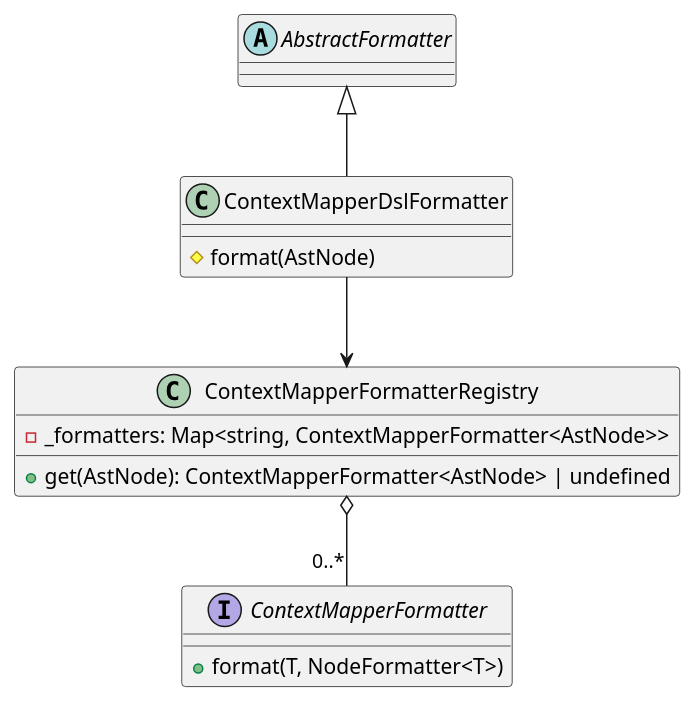
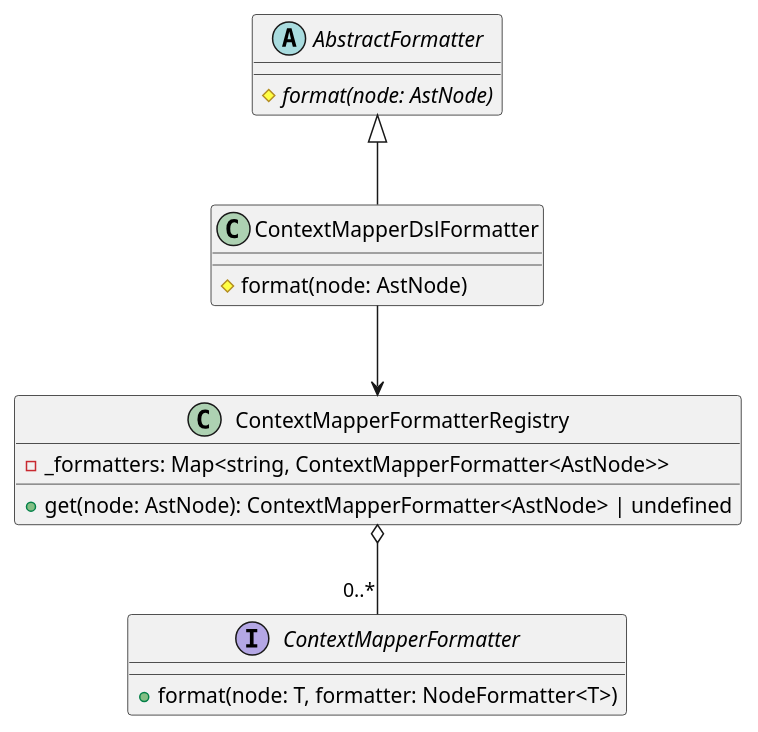
Before and after one commit to ContextMapper/context-mapper-language-server: the diagram in docs/class_formatting.puml, drawn with PlantUML. The commit also changed 3 other files, not shown here.

Commit message:
update class diagrams

```diff
--- a/docs/class_formatting.puml
+++ b/docs/class_formatting.puml
@@ -1,21 +1,23 @@
 @startuml
-abstract class AbstractFormatter
+abstract class AbstractFormatter {
+{abstract} # format(node: AstNode)
+}
 
 class ContextMapperDslFormatter {
-# format(AstNode)
+# format(node: AstNode)
 }
 
 interface ContextMapperFormatter {
-+ format(T, NodeFormatter<T>)
++ format(node: T, formatter: NodeFormatter<T>)
 }
 
 class ContextMapperFormatterRegistry {
 - _formatters: Map<string, ContextMapperFormatter<AstNode>>
-+ get(AstNode): ContextMapperFormatter<AstNode> | undefined
++ get(node: AstNode): ContextMapperFormatter<AstNode> | undefined
 }
 
 AbstractFormatter <|-- ContextMapperDslFormatter
 ContextMapperDslFormatter --> ContextMapperFormatterRegistry
 ContextMapperFormatterRegistry o-- "0..*" ContextMapperFormatter
 
 @enduml
```
